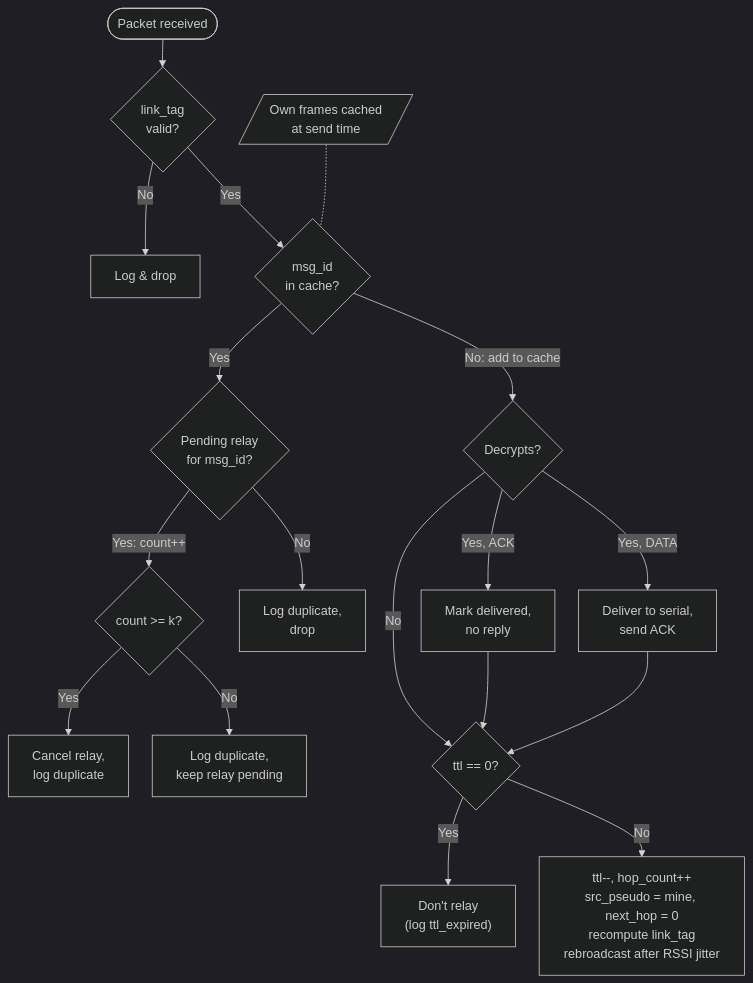
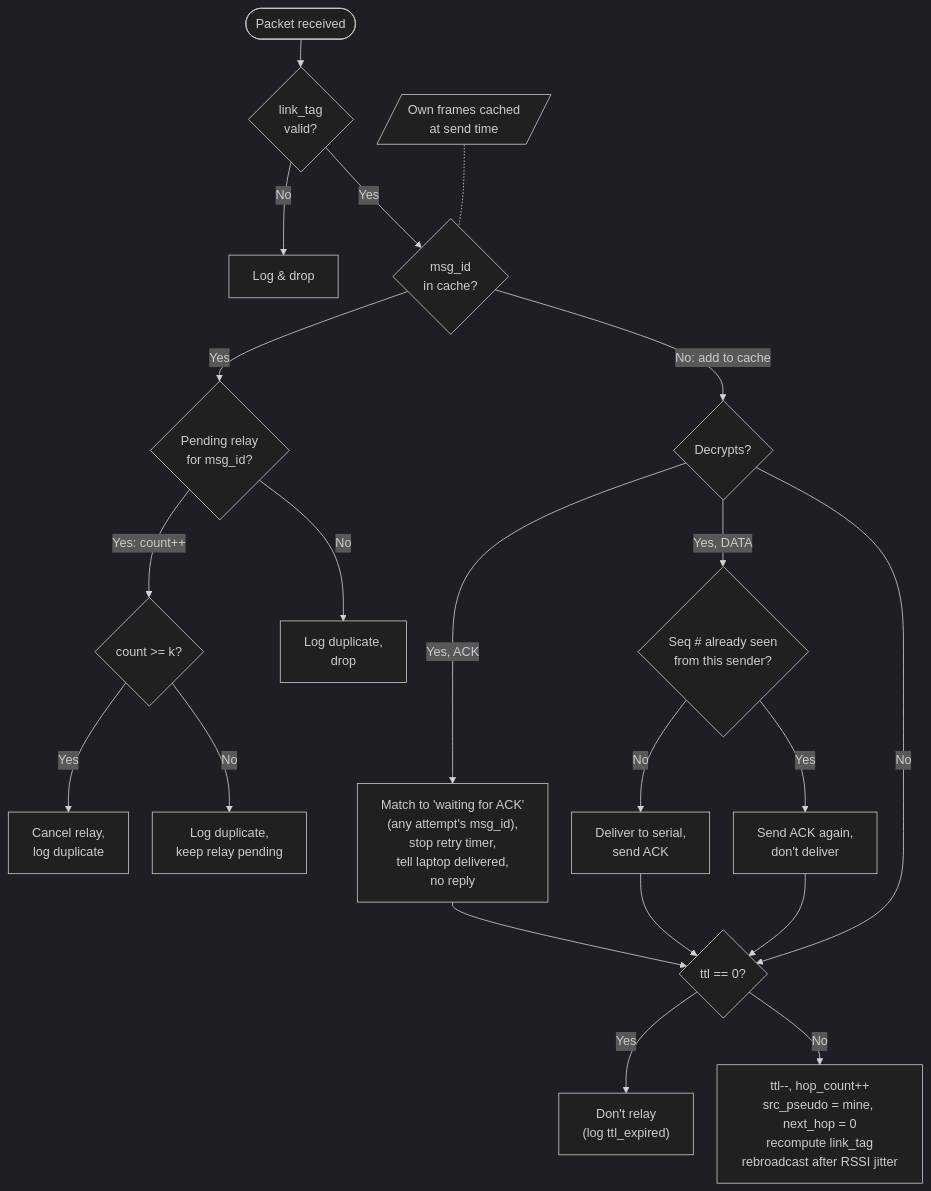
One commit to GhostMeshIPS/GhostMesh changed the first of 2 diagrams in PROTOCOL.md. Above: the diagram before and after it, drawn with Mermaid (dark theme). The commit also changed other lines of this file and 1 other file, not shown here.

Commit message:
Added v1 sending rules. Retries now use a new msg_id

````diff
--- a/PROTOCOL.md
+++ b/PROTOCOL.md
@@ -43,24 +43,27 @@
 ```mermaid
 %%{init: {"flowchart": {"nodeSpacing": 30, "rankSpacing": 35}}}%%
 flowchart TD
     RX([Packet received]) --> LT{"link_tag<br>valid?"}
     LT -->|No| LTD["Log & drop"]
     LT -->|Yes| SC{"msg_id<br>in cache?"}
     NOTE[/"Own frames cached<br>at send time"/] -.- SC
 
     SC -->|Yes| PR{"Pending relay<br>for msg_id?"}
     PR -->|"Yes: count++"| KC{"count >= k?"}
     KC -->|Yes| CPR["Cancel relay,<br>log duplicate"]
     KC -->|No| KEEP["Log duplicate,<br>keep relay pending"]
     PR -->|No| LD["Log duplicate,<br>drop"]
 
     SC -->|"No: add to cache"| CMD{"Decrypts?"}
-    CMD -->|"Yes, ACK"| MNR["Mark delivered,<br>no reply"]
-    CMD -->|"Yes, DATA"| DSA["Deliver to serial,<br>send ACK"]
+    CMD -->|"Yes, ACK"| MNR["Match to 'waiting for ACK'<br>(any attempt's msg_id),<br>stop retry timer,<br>tell laptop delivered,<br>no reply"]    
+    CMD -->|"Yes, DATA"| SEQ{"Seq # already seen<br>from this sender?"}
+    SEQ -->|No| DSA["Deliver to serial,<br>send ACK"]
+    SEQ -->|Yes| REACK["Send ACK again,<br>don't deliver"]
+    REACK --> TTL    
     CMD -->|No| TTL{"ttl == 0?"}
     MNR --> TTL
     DSA --> TTL
 
     TTL -->|Yes| DR["Don't relay<br>(log ttl_expired)"]
     TTL -->|No| REL["ttl--, hop_count++<br>src_pseudo = mine, next_hop = 0<br>recompute link_tag<br>rebroadcast after RSSI jitter"]
 ```
````
